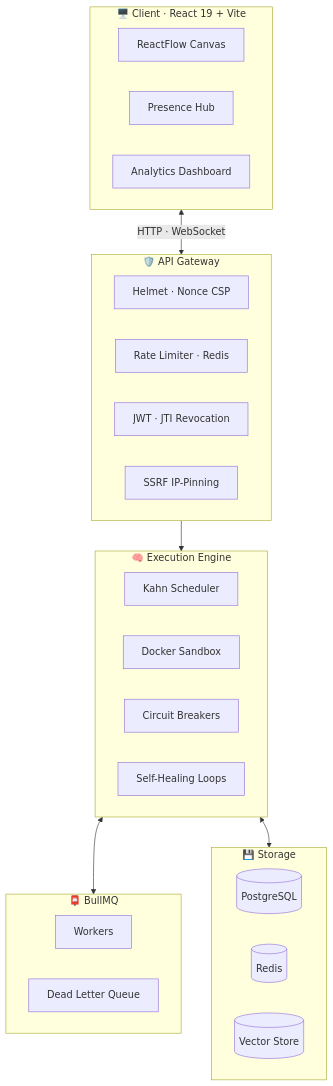
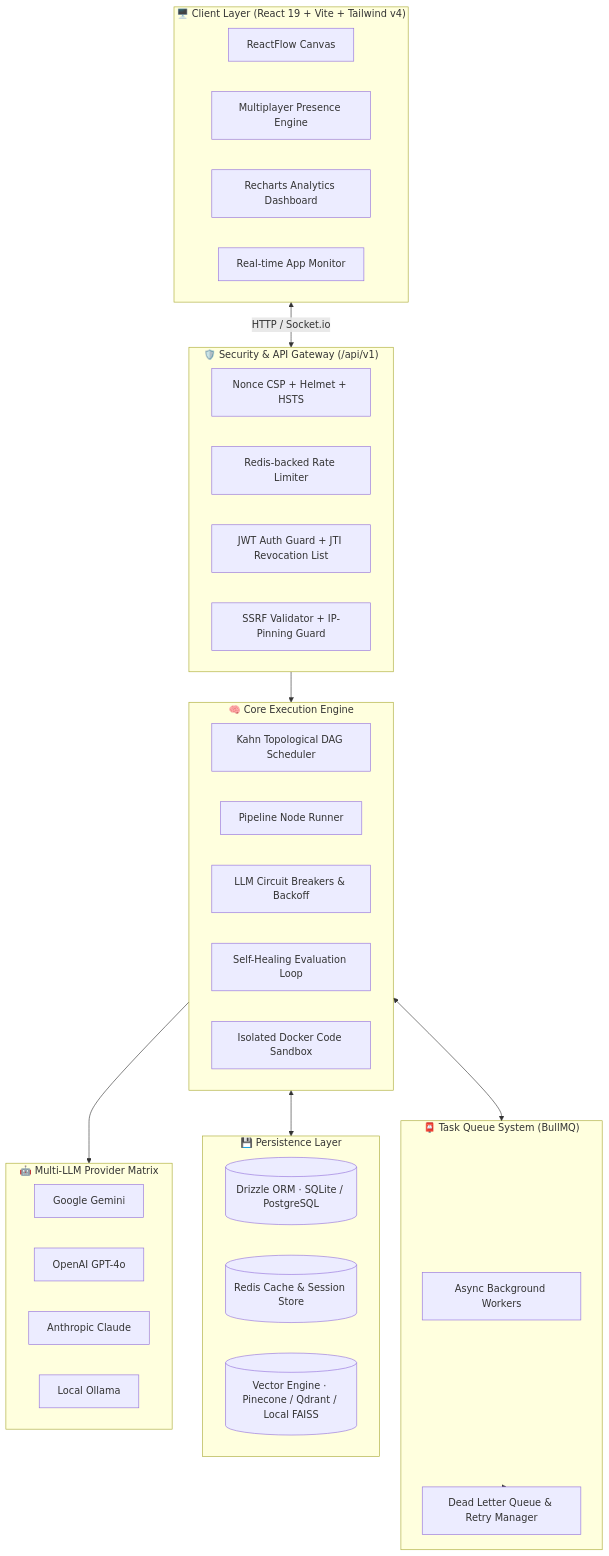
Before and after one commit to ppiiyo/AgentForge44: the second of 2 diagrams in README.md, drawn with Mermaid. The commit also changed other lines of this file and 2 other files, not shown here.

````diff
--- a/README.md
+++ b/README.md
@@ -108,38 +124,49 @@
 ```mermaid
 flowchart TD
-    subgraph Client["🖥️ Client · React 19 + Vite"]
-        C1[ReactFlow Canvas]
-        C2[Presence Hub]
-        C3[Analytics Dashboard]
+    subgraph Client["🖥️ Client Layer (React 19 + Vite + Tailwind v4)"]
+        Canvas[ReactFlow Canvas]
+        Presence[Multiplayer Presence Engine]
+        Analytics[Recharts Analytics Dashboard]
+        Monitor[Real-time App Monitor]
     end
-    
-    subgraph Gateway["🛡️ API Gateway"]
-        G1[Helmet · Nonce CSP]
-        G2[Rate Limiter · Redis]
-        G3[JWT · JTI Revocation]
-        G4[SSRF IP-Pinning]
+
+    subgraph Gateway["🛡️ Security & API Gateway (/api/v1)"]
+        CSP[Nonce CSP + Helmet + HSTS]
+        RL[Redis-backed Rate Limiter]
+        Auth[JWT Auth Guard + JTI Revocation List]
+        SSRF[SSRF Validator + IP-Pinning Guard]
     end
-    
-    subgraph Engine["🧠 Execution Engine"]
-        E1[Kahn Scheduler]
-        E2[Docker Sandbox]
-        E3[Circuit Breakers]
-        E4[Self-Healing Loops]
+
+    subgraph Engine["🧠 Core Execution Engine"]
+        Scheduler[Kahn Topological DAG Scheduler]
+        Executor[Pipeline Node Runner]
+        Breaker[LLM Circuit Breakers & Backoff]
+        Healing[Self-Healing Evaluation Loop]
+        Sandbox[Isolated Docker Code Sandbox]
     end
-    
-    subgraph Queue["📮 BullMQ"]
-        Q1[Workers]
-        Q2[Dead Letter Queue]
+
+    subgraph Queue["📮 Task Queue System (BullMQ)"]
+        Workers[Async Background Workers]
+        DLQ[Dead Letter Queue & Retry Manager]
     end
-    
-    subgraph Storage["💾 Storage"]
-        S1[(PostgreSQL)]
-        S2[(Redis)]
-        S3[(Vector Store)]
+
+    subgraph Storage["💾 Persistence Layer"]
+        DB[(Drizzle ORM · SQLite / PostgreSQL)]
+        Cache[(Redis Cache & Session Store)]
+        Vector[(Vector Engine · Pinecone / Qdrant / Local FAISS)]
     end
-    
-    Client <-->|HTTP · WebSocket| Gateway
+
+    subgraph LLMs["🤖 Multi-LLM Provider Matrix"]
+        Gemini[Google Gemini]
+        OpenAI[OpenAI GPT-4o]
+        Claude[Anthropic Claude]
+        Ollama[Local Ollama]
+    end
+
+    Client <-->|HTTP / Socket.io| Gateway
     Gateway --> Engine
     Engine <--> Queue
+    Queue --> DLQ
     Engine <--> Storage
+    Engine --> LLMs
 ```
````
